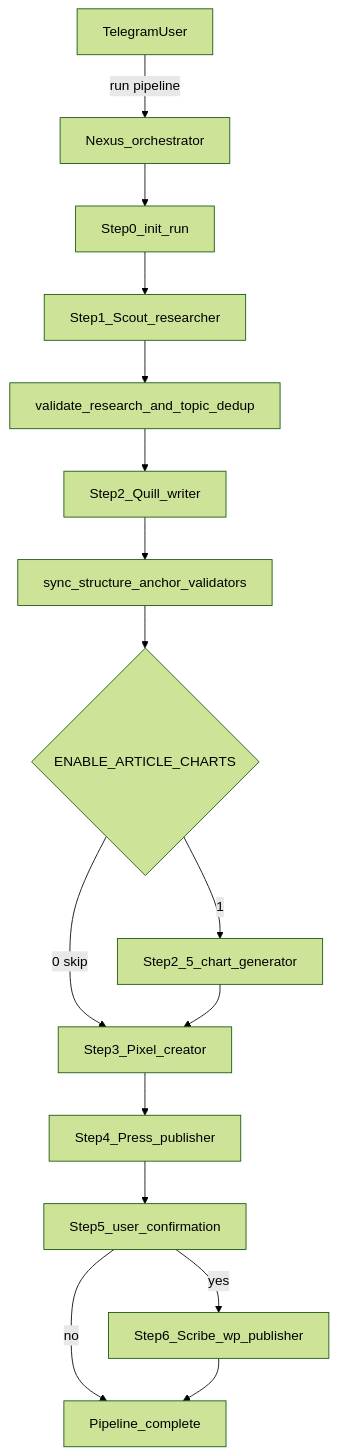
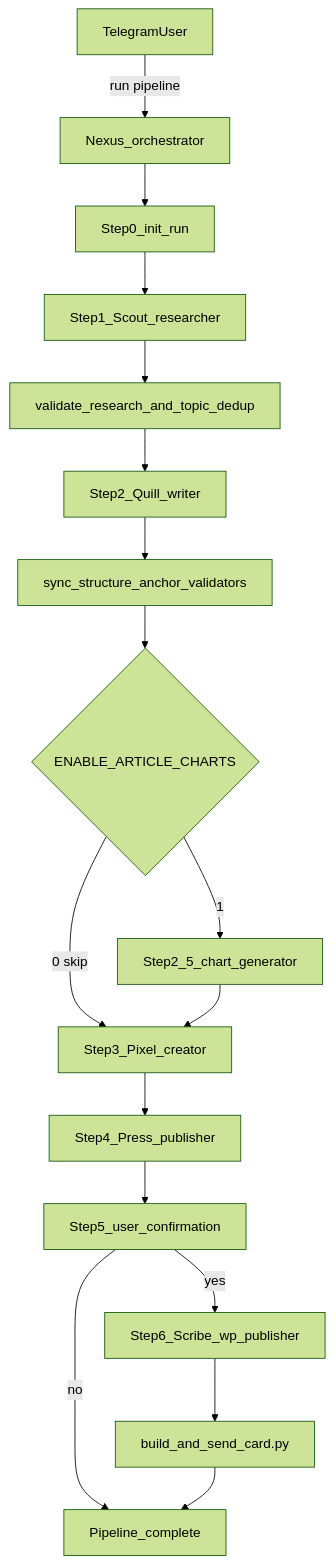
Before and after one commit to SpearmintTechnolgies/News-Agent: the diagram in AGENT_PIPELINE_REGISTRY.md, drawn with Mermaid (forest theme). The commit also changed other lines of this file and 50804 other files, not shown here.

````diff
--- a/AGENT_PIPELINE_REGISTRY.md
+++ b/AGENT_PIPELINE_REGISTRY.md
@@ -28,18 +28,19 @@
 ```mermaid
 flowchart TD
     TG[TelegramUser] -->|run pipeline| NX[Nexus_orchestrator]
     NX --> S0[Step0_init_run]
     S0 --> S1[Step1_Scout_researcher]
     S1 --> V1[validate_research_and_topic_dedup]
     V1 --> S2[Step2_Quill_writer]
     S2 --> V2[sync_structure_anchor_validators]
     V2 --> S25{ENABLE_ARTICLE_CHARTS}
     S25 -->|1| CH[Step2_5_chart_generator]
     S25 -->|0 skip| S3
     CH --> S3[Step3_Pixel_creator]
     S3 --> S4[Step4_Press_publisher]
     S4 --> S5[Step5_user_confirmation]
     S5 -->|yes| S6[Step6_Scribe_wp_publisher]
     S5 -->|no| DONE[Pipeline_complete]
-    S6 --> DONE
+    S6 --> CardSend[build_and_send_card.py]
+    CardSend --> DONE
 ```
````
